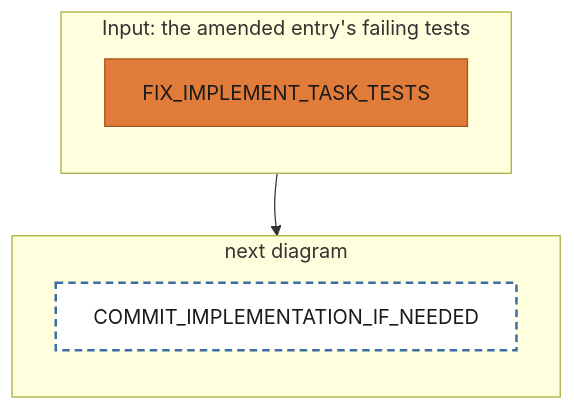
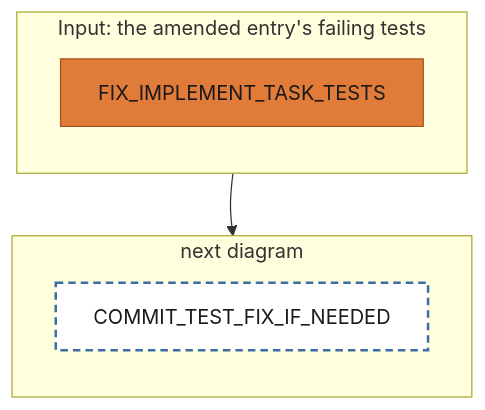
Before and after one commit to matkatmusic/taskTools: the diagram in diagrams/tackle-tasks/pipeline-fixImplementTaskTests.mmd, drawn with Mermaid. The commit also changed 99 other files, not shown here.

First line of the commit message:
Add acceptance tests for tackle-tasks workflow and enhance task file seeding

```diff
--- a/diagrams/tackle-tasks/pipeline-fixImplementTaskTests.mmd
+++ b/diagrams/tackle-tasks/pipeline-fixImplementTaskTests.mmd
@@ -1,22 +1,22 @@
 flowchart TB
 %% One orange block. The hook walks in from a dashed FIX_IMPLEMENT_TASK_TESTS block, prints the prompt, and stops.
 
   subgraph fixImplementTaskTests ["Input: the amended entry's failing tests"]
     direction TB
     FIX_IMPLEMENT_TASK_TESTS["FIX_IMPLEMENT_TASK_TESTS"]
   end
   subgraph fixImplementTaskTestsNext ["next diagram"]
     direction TB
-    COMMIT_IMPLEMENTATION_IF_NEEDED["COMMIT_IMPLEMENTATION_IF_NEEDED"]
+    COMMIT_TEST_FIX_IF_NEEDED["COMMIT_TEST_FIX_IF_NEEDED"]
   end
   fixImplementTaskTests ~~~ fixImplementTaskTestsNext
 
-  FIX_IMPLEMENT_TASK_TESTS --> COMMIT_IMPLEMENTATION_IF_NEEDED
+  FIX_IMPLEMENT_TASK_TESTS --> COMMIT_TEST_FIX_IF_NEEDED
 
   classDef script fill:#2f7d46,stroke:#1e5c31,color:#ffffff
   classDef returns_a_prompt fill:#e07b39,stroke:#a8541f,color:#1a1a1a
   classDef fail fill:red,stroke:#254a70,color:#ffffff
   classDef output fill:#3b6ea5,stroke:#254a70,color:#ffffff
   classDef next_diagram fill:#ffffff,stroke:#3b6ea5,stroke-width:2px,stroke-dasharray:6 4,color:#1a1a1a
   class FIX_IMPLEMENT_TASK_TESTS returns_a_prompt
-  class COMMIT_IMPLEMENTATION_IF_NEEDED next_diagram
+  class COMMIT_TEST_FIX_IF_NEEDED next_diagram
```
